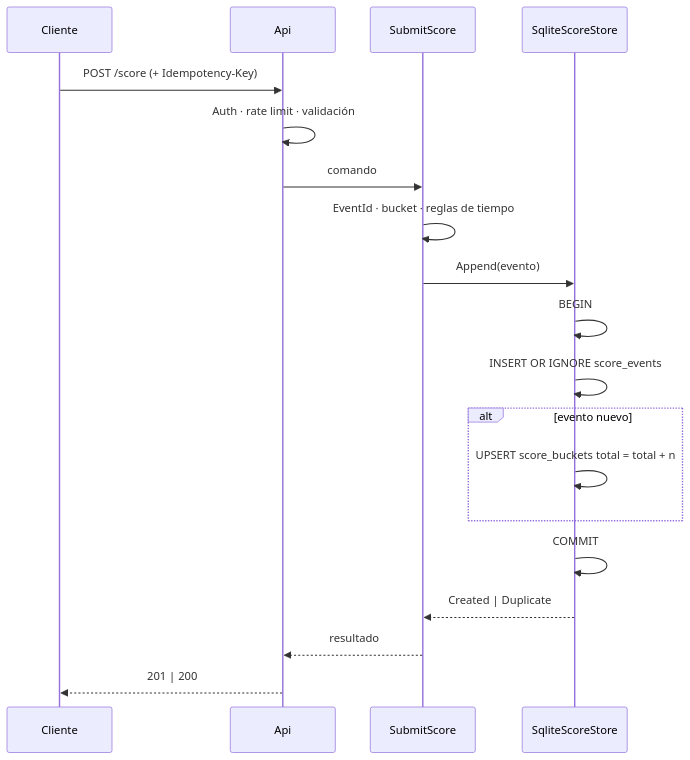
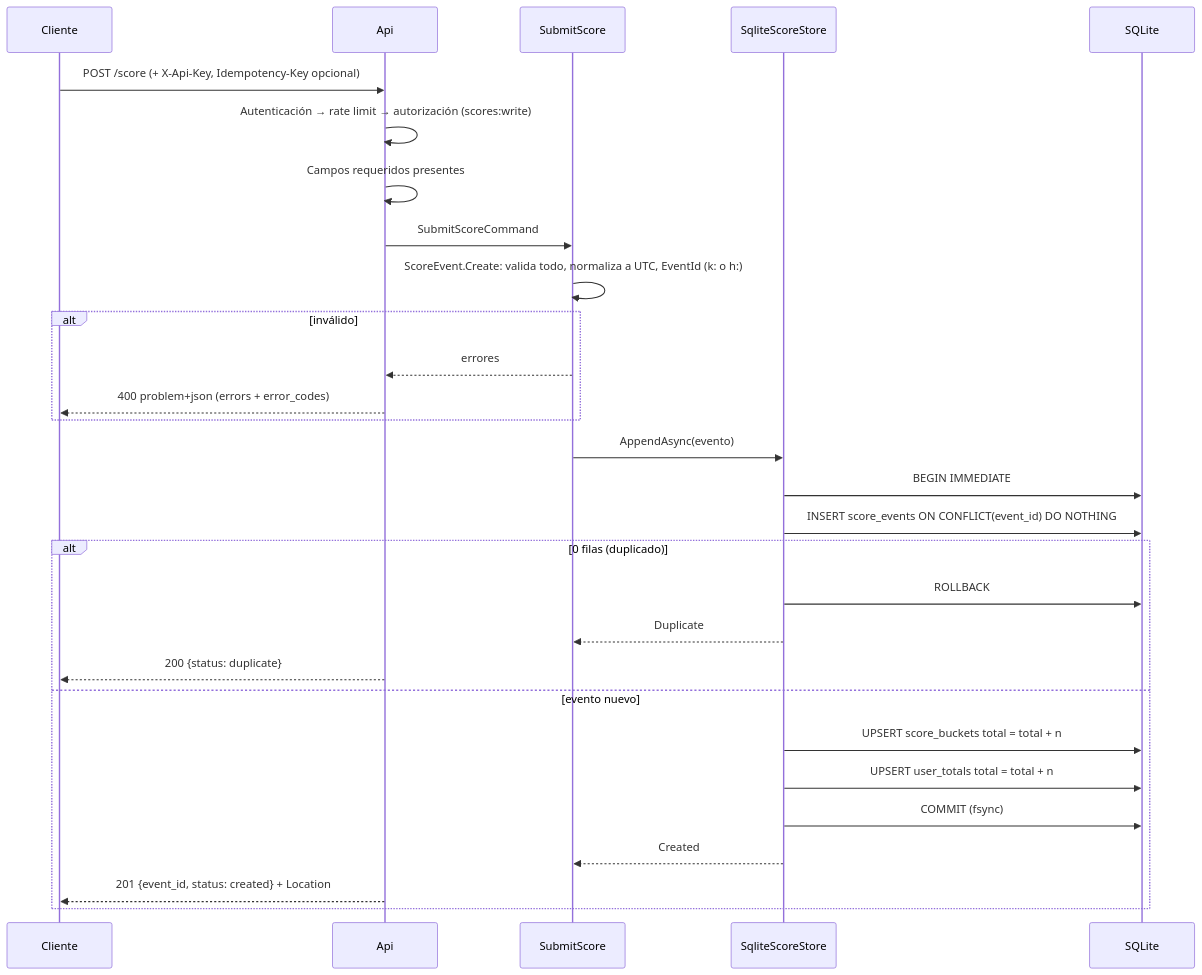
Before and after one commit to kalfaroperez/gsk-841f0987-24bb-405b-8877-d8cb92077e44-ka: the second of 4 diagrams in docs/ARCHITECTURE.md, drawn with Mermaid. The commit also changed other lines of this file and 3 other files, not shown here.

````diff
--- a/docs/ARCHITECTURE.md
+++ b/docs/ARCHITECTURE.md
@@ -43,21 +66,31 @@
 ```mermaid
 sequenceDiagram
     participant C as Cliente
     participant A as Api
     participant U as SubmitScore
     participant S as SqliteScoreStore
-    C->>A: POST /score (+ Idempotency-Key)
-    A->>A: Auth · rate limit · validación
-    A->>U: comando
-    U->>U: EventId · bucket · reglas de tiempo
-    U->>S: Append(evento)
-    S->>S: BEGIN
-    S->>S: INSERT OR IGNORE score_events
-    alt evento nuevo
-        S->>S: UPSERT score_buckets total = total + n
+    participant D as SQLite
+    C->>A: POST /score (+ X-Api-Key, Idempotency-Key opcional)
+    A->>A: Autenticación → rate limit → autorización (scores:write)
+    A->>A: Campos requeridos presentes
+    A->>U: SubmitScoreCommand
+    U->>U: ScoreEvent.Create: valida todo, normaliza a UTC, EventId (k: o h:)
+    alt inválido
+        U-->>A: errores
+        A-->>C: 400 problem+json (errors + error_codes)
     end
-    S->>S: COMMIT
-    S-->>U: Created | Duplicate
-    U-->>A: resultado
-    A-->>C: 201 | 200
+    U->>S: AppendAsync(evento)
+    S->>D: BEGIN IMMEDIATE
+    S->>D: INSERT score_events ON CONFLICT(event_id) DO NOTHING
+    alt 0 filas (duplicado)
+        S->>D: ROLLBACK
+        S-->>U: Duplicate
+        A-->>C: 200 {status: duplicate}
+    else evento nuevo
+        S->>D: UPSERT score_buckets total = total + n
+        S->>D: UPSERT user_totals total = total + n
+        S->>D: COMMIT (fsync)
+        S-->>U: Created
+        A-->>C: 201 {event_id, status: created} + Location
+    end
 ```
````
